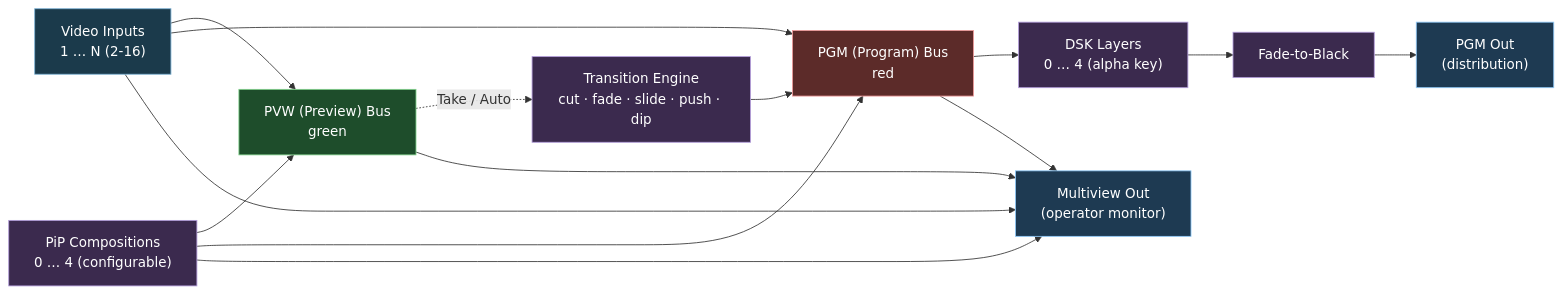
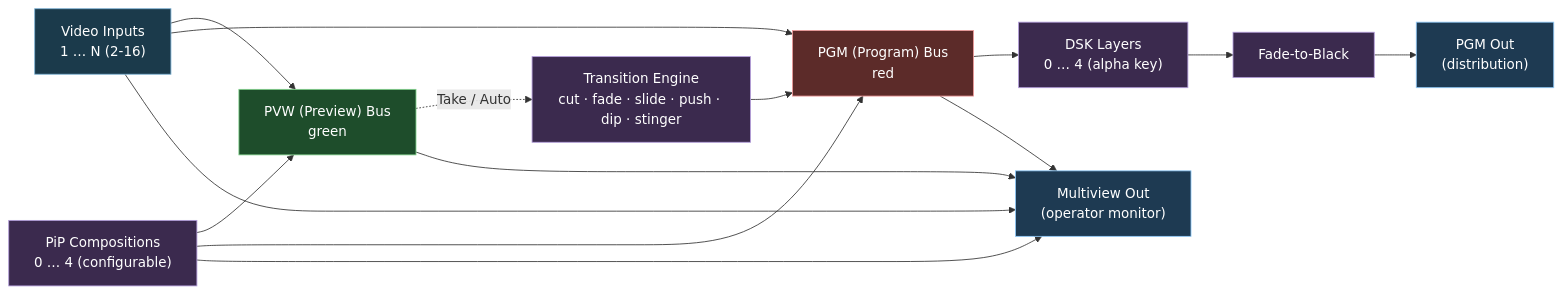
Before and after one commit to Eyevinn/strom: the diagram in docs/VISION_MIXER_OPERATOR_GUIDE.md, drawn with Mermaid. The commit also changed other lines of this file and 10 other files, not shown here.

````diff
--- a/docs/VISION_MIXER_OPERATOR_GUIDE.md
+++ b/docs/VISION_MIXER_OPERATOR_GUIDE.md
@@ -19,30 +19,30 @@
 ```mermaid
 flowchart LR
     classDef input  fill:#1b3a4b,stroke:#7fb3d5,color:#fff
     classDef stage  fill:#3b2a4e,stroke:#b39ddb,color:#fff
     classDef pvw    fill:#1e4d2b,stroke:#7fd089,color:#fff
     classDef pgm    fill:#5c2b29,stroke:#ef9a9a,color:#fff
     classDef out    fill:#1e3a52,stroke:#90caf9,color:#fff
 
     IN["Video Inputs<br/>1 … N (2-16)"]:::input
     PIPS["PiP Compositions<br/>0 … 4 (configurable)"]:::stage
     PVW["PVW (Preview) Bus<br/>green"]:::pvw
     PGM["PGM (Program) Bus<br/>red"]:::pgm
-    TRANS["Transition Engine<br/>cut · fade · slide · push · dip"]:::stage
+    TRANS["Transition Engine<br/>cut · fade · slide · push · dip · stinger"]:::stage
     DSK["DSK Layers<br/>0 … 4 (alpha key)"]:::stage
     FTB["Fade-to-Black"]:::stage
     PGM_OUT["PGM Out<br/>(distribution)"]:::out
     MV_OUT["Multiview Out<br/>(operator monitor)"]:::out
 
     IN --> PVW
     IN --> PGM
     PIPS --> PVW
     PIPS --> PGM
     PVW -.->|Take / Auto| TRANS
     TRANS --> PGM
     PGM --> DSK --> FTB --> PGM_OUT
     IN --> MV_OUT
     PIPS --> MV_OUT
     PVW --> MV_OUT
     PGM --> MV_OUT
 ```
````
